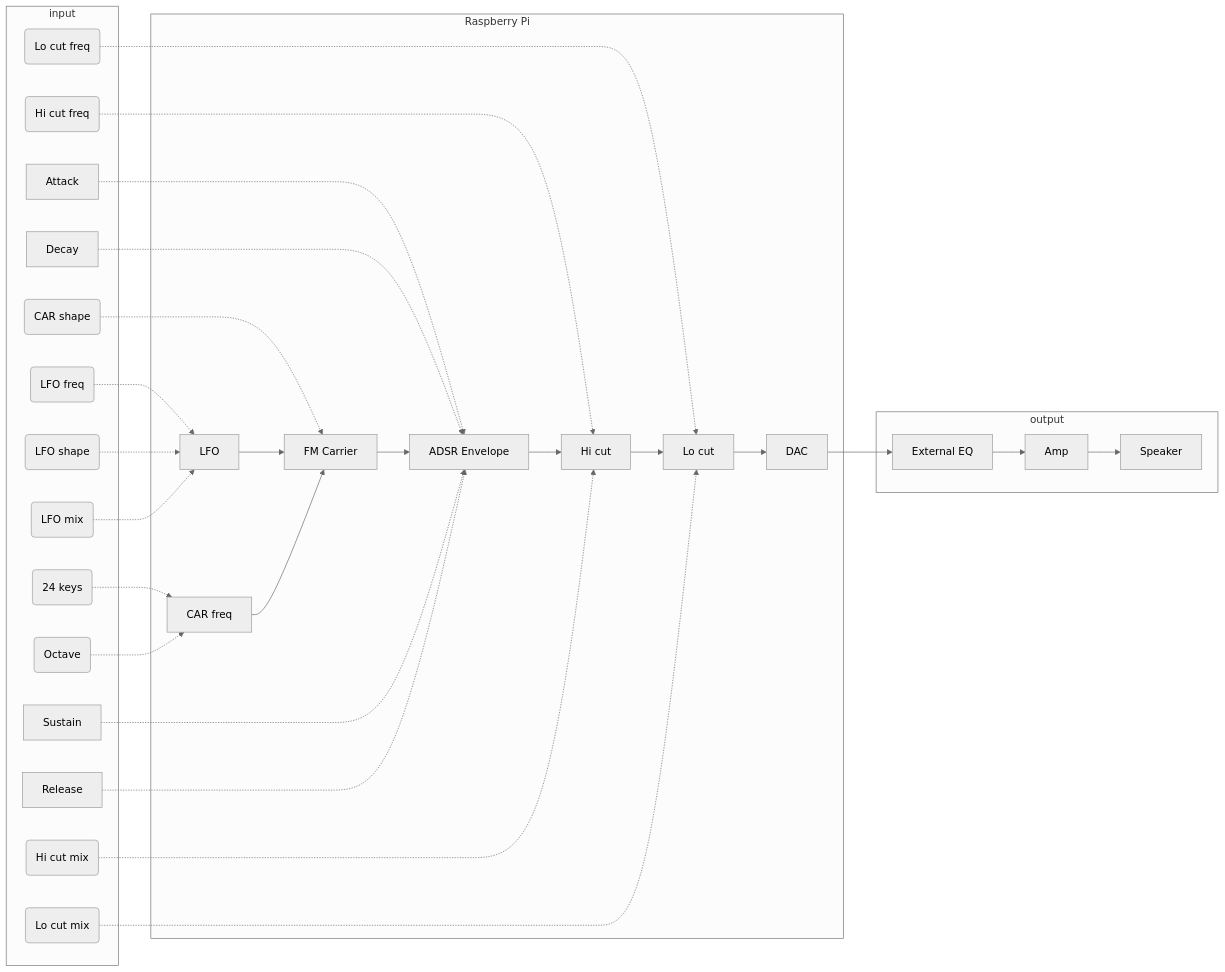
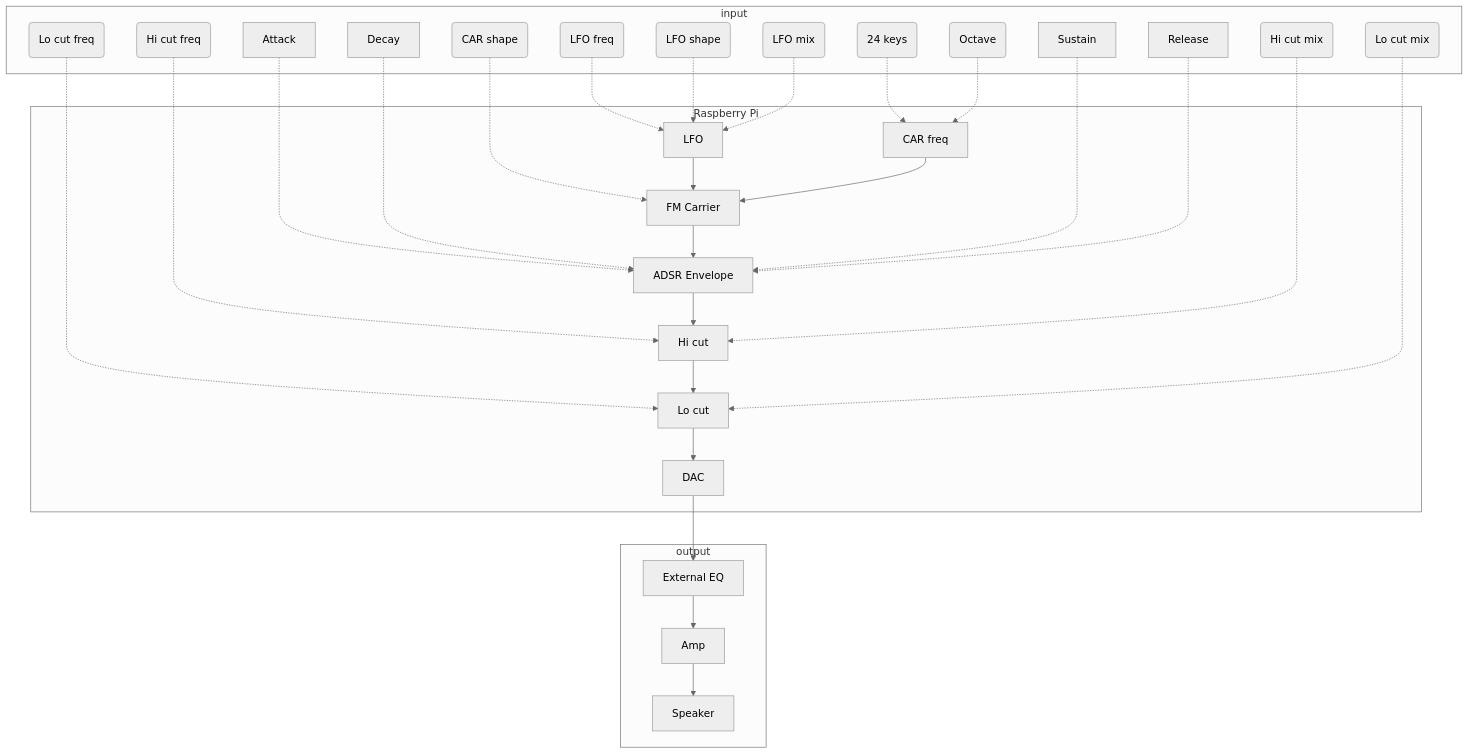
Before and after one commit to aryadaroui/Synthesizer: the first of 2 diagrams in README.md, drawn with Mermaid (neutral theme). The commit also changed 5 other files, not shown here.

````diff
--- a/README.md
+++ b/README.md
@@ -64,62 +64,62 @@
 ```mermaid
-graph LR
+graph TD
 	freqLFO(LFO freq)-.->LFO[LFO]
 	waveLFO(LFO shape) -.-> LFO
 	mixLFO(LFO mix) -.-> LFO
 	
 	keys(24 keys) -.-> freqCarrier[CAR freq]
 	octave(Octave) -.-> freqCarrier
 	
 	waveGen(CAR shape) -.-> Carrier[FM Carrier]
 	
 	hiFreq(Hi cut freq) -.-> hiCut[Hi cut]
 	ADSR --> hiCut
 	hiMix(Hi cut mix ) -.-> hiCut
 	loFreq(Lo cut freq ) -.-> loCut[Lo cut]
 	hiCut --> loCut
 	loMix(Lo cut mix ) -.-> loCut
 	
 	LFO --> Carrier
 	freqCarrier --> Carrier
 	
 	Attack -.-> ADSR
 	Decay -.-> ADSR
 	Carrier --> ADSR[ADSR Envelope]
 	Sustain -.-> ADSR
 	Release -.-> ADSR
 
 	loCut --> DAC
     DAC --> extEQ
 
 	subgraph input
 	freqLFO
 	waveLFO
 	mixLFO
 	keys
 	octave
 	waveGen
 	hiFreq
 	hiMix
 	loFreq
 	loMix
 	Attack
 	Decay
 	Sustain
 	Release
 	end
 	
 	subgraph Raspberry Pi
 	LFO
 	Carrier
 	DAC
 	ADSR
 	hiCut
 	loCut
 	freqCarrier
 	end
 	
 	subgraph output
 	Amp --> Speaker
 	extEQ[External EQ] --> Amp
 	end
 ```
````
